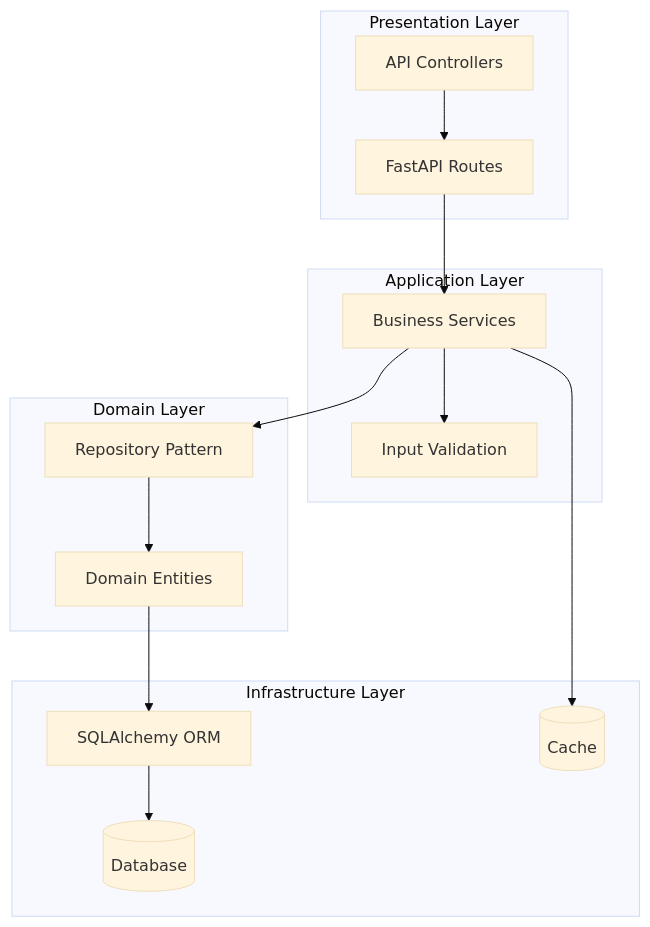
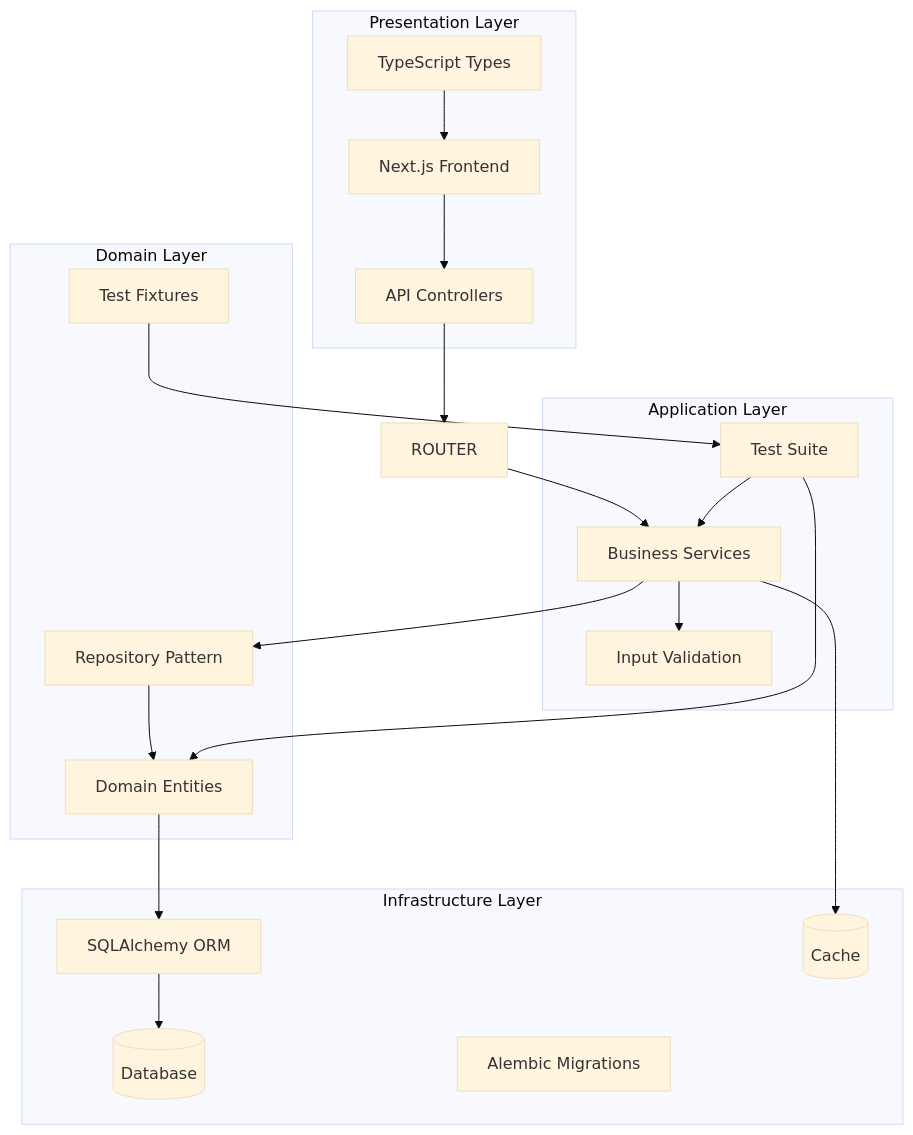
One commit to bikinaplikasipakeqoder-dot/payroll-hris changed the second of 7 diagrams in .qoder/repowiki/en/content/Development Guidelines.md. Above: the diagram before and after it, drawn with Mermaid (base theme). The commit also changed other lines of this file and 22 other files, not shown here.

````diff
--- a/.qoder/repowiki/en/content/Development Guidelines.md
+++ b/.qoder/repowiki/en/content/Development Guidelines.md
@@ -118,28 +152,37 @@
 ```mermaid
 graph TB
 subgraph "Presentation Layer"
 CONTROLLER[API Controllers]
-ROUTER[FastAPI Routes]
+FRONTEND[Next.js Frontend]
+TYPES[TypeScript Types]
 end
 subgraph "Application Layer"
 SERVICE[Business Services]
 VALIDATOR[Input Validation]
+TESTSUITE[Test Suite]
 end
 subgraph "Domain Layer"
 ENTITY[Domain Entities]
 REPOSITORY[Repository Pattern]
+FIXTURES[Test Fixtures]
 end
 subgraph "Infrastructure Layer"
 ORM[SQLAlchemy ORM]
 DB[(Database)]
 CACHE[(Cache)]
+ALEMBIC[Alembic Migrations]
 end
 CONTROLLER --> ROUTER
 ROUTER --> SERVICE
 SERVICE --> VALIDATOR
 SERVICE --> REPOSITORY
 REPOSITORY --> ENTITY
 ENTITY --> ORM
 ORM --> DB
 SERVICE --> CACHE
+FRONTEND --> CONTROLLER
+TYPES --> FRONTEND
+TESTSUITE --> SERVICE
+TESTSUITE --> ENTITY
+FIXTURES --> TESTSUITE
 ```
````
